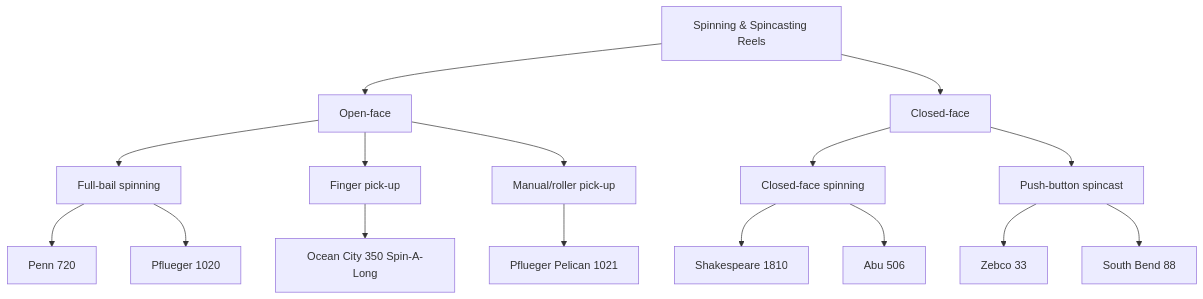
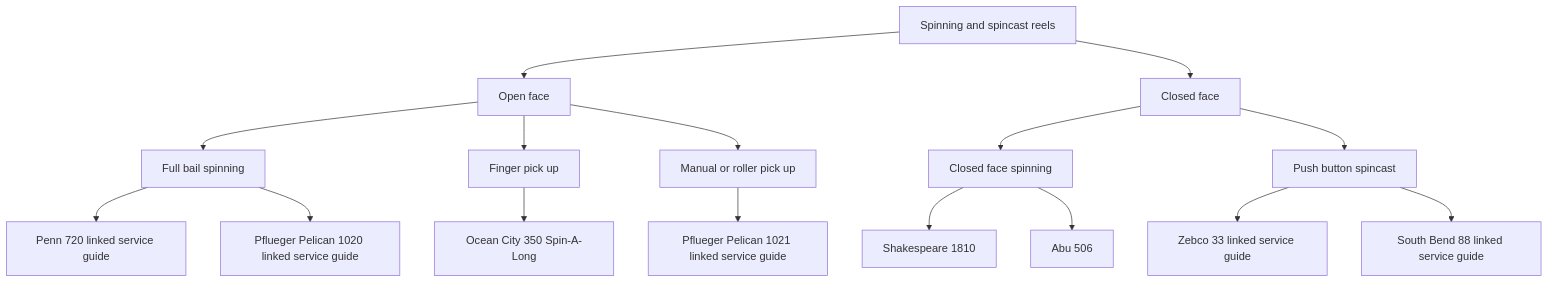
The diagram in docs/spinning-reels.md (john-tech-writer/vintage-reel-service-guides), drawn with Mermaid before and after one commit. The commit also changed other lines of this file and 7 other files, not shown here.

````diff
--- a/docs/spinning-reels.md
+++ b/docs/spinning-reels.md
@@ -13,27 +39,32 @@
 ```mermaid
 
 flowchart TD
-  A[Spinning & Spincasting Reels]
-  A --> B[Open-face]
-  A --> C[Closed-face]
+  A[Spinning and spincast reels]
+  A --> B[Open face]
+  A --> C[Closed face]
 
-  B --> B1[Full-bail spinning]
-  B --> B2[Finger pick-up]
-  B --> B3[Manual/roller pick-up]
+  B --> B1[Full bail spinning]
+  B --> B2[Finger pick up]
+  B --> B3[Manual or roller pick up]
 
-  C --> C1[Closed-face spinning]
-  C --> C2[Push-button spincast]
+  C --> C1[Closed face spinning]
+  C --> C2[Push button spincast]
 
-  B1 --> D1[Penn 720]
-  B1 --> D2[Pflueger 1020]
+  B1 --> D1[Penn 720 linked service guide]
+  click D1 "/vintage-reel-service-guides/penn/penn-720-service-guide/"
+  B1 --> D2[Pflueger Pelican 1020 linked service guide]
+  click D2 "/vintage-reel-service-guides/pflueger/pflueger-service-guide/"
 
   B2 --> E1[Ocean City 350 Spin-A-Long]
 
-  B3 --> F1[Pflueger Pelican 1021]
+  B3 --> F1[Pflueger Pelican 1021 linked service guide]
+  click F1 "/vintage-reel-service-guides/pflueger/pflueger-1021-service-guide/"
 
   C1 --> G1[Shakespeare 1810]
   C1 --> G2[Abu 506]
 
-  C2 --> H1[Zebco 33]
-  C2 --> H2[South Bend 88]
+  C2 --> H1[Zebco 33 linked service guide]
+  click H1 "/vintage-reel-service-guides/zebco/zebco-33-service-guide/"
+  C2 --> H2[South Bend 88 linked service guide]
+  click H2 "/vintage-reel-service-guides/south-bend/south-bend-550-service-guide/"
 ```
````
